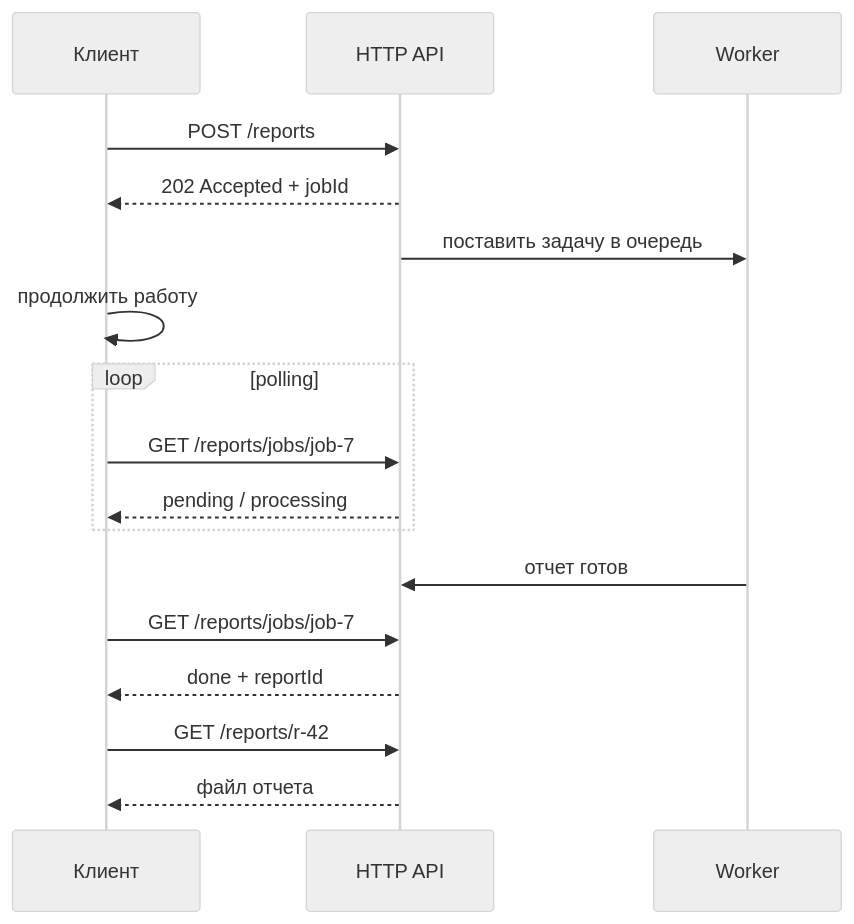
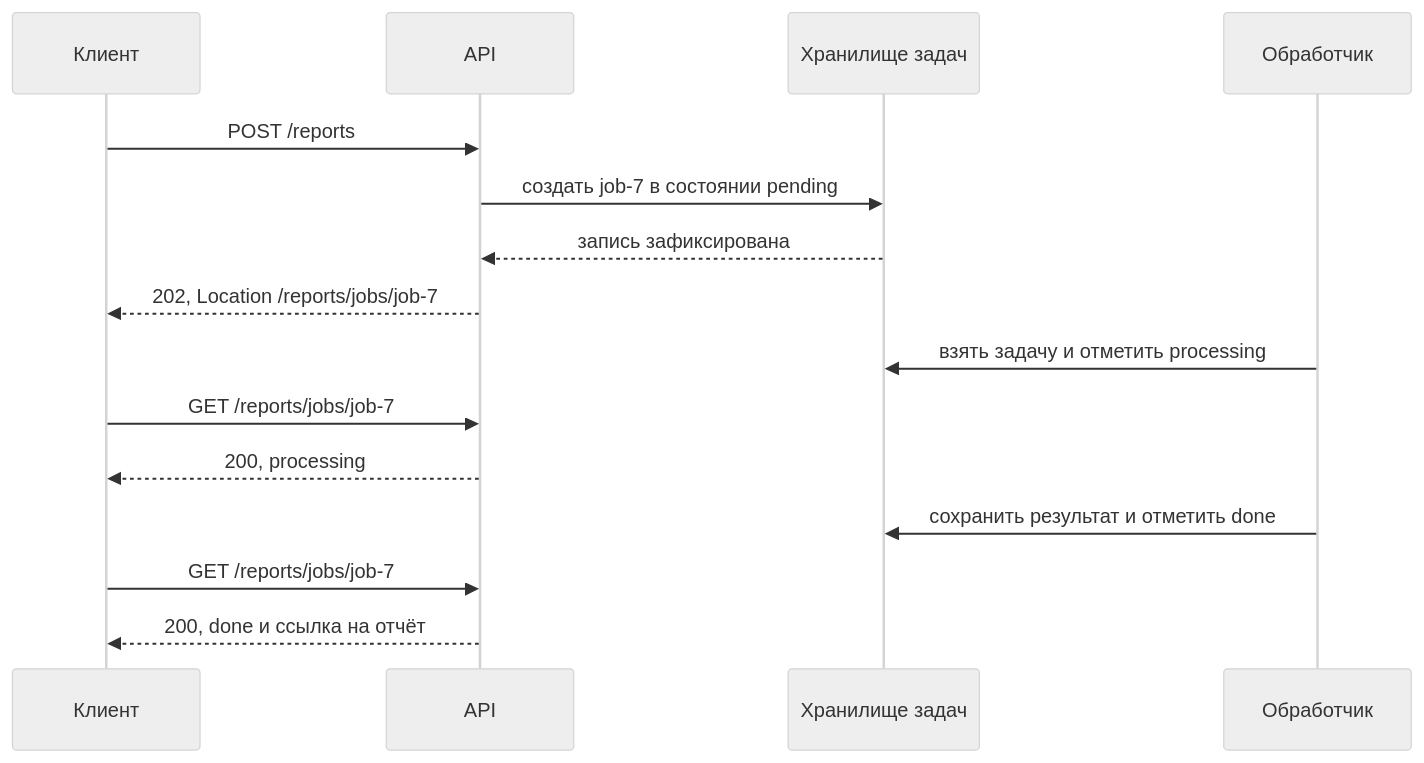
The fifth of 10 diagrams in content/lectures/Lec10/vitepress.md (Kert0n/KPO), drawn with Mermaid (neutral theme) before and after one commit. The commit also changed other lines of this file, not shown here.

Commit message:
Редактура курса: Лекция 10. Семантика клиент-серверного и межсервисного обмена

````diff
--- a/content/lectures/Lec10/vitepress.md
+++ b/content/lectures/Lec10/vitepress.md
@@ -390,20 +237,17 @@
 ```mermaid
 sequenceDiagram
-    participant Client as Клиент
-    participant API as HTTP API
-    participant Worker as Worker
-
-    Client->>API: POST /reports
-    API-->>Client: 202 Accepted + jobId
-    API->>Worker: поставить задачу в очередь
-    Client->>Client: продолжить работу
-    loop polling
-        Client->>API: GET /reports/jobs/job-7
-        API-->>Client: pending / processing
-    end
-    Worker->>API: отчет готов
-    Client->>API: GET /reports/jobs/job-7
-    API-->>Client: done + reportId
-    Client->>API: GET /reports/r-42
-    API-->>Client: файл отчета
+    participant C as Клиент
+    participant A as API
+    participant D as Хранилище задач
+    participant W as Обработчик
+    C->>A: POST /reports
+    A->>D: создать job-7 в состоянии pending
+    D-->>A: запись зафиксирована
+    A-->>C: 202, Location /reports/jobs/job-7
+    W->>D: взять задачу и отметить processing
+    C->>A: GET /reports/jobs/job-7
+    A-->>C: 200, processing
+    W->>D: сохранить результат и отметить done
+    C->>A: GET /reports/jobs/job-7
+    A-->>C: 200, done и ссылка на отчёт
 ```
````
